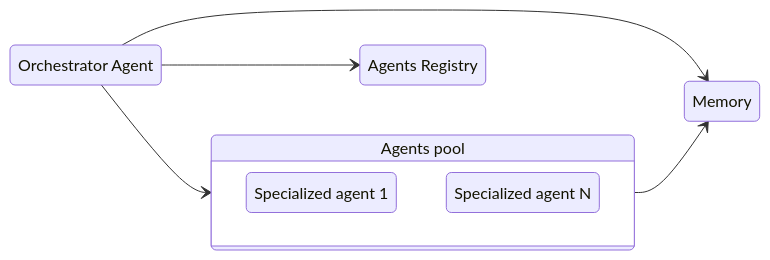
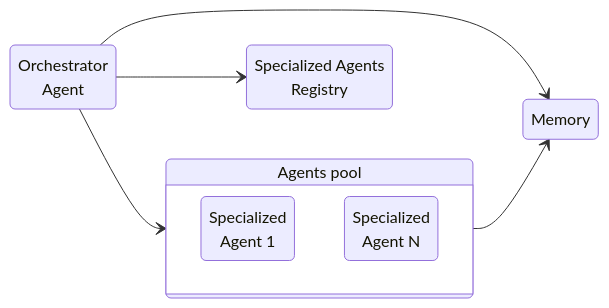
The diagram in docs/building-blocks/Building-Blocks.md (microsoft/multi-agent-reference-architecture), drawn with Mermaid before and after one commit.

Commit message:
fix: building blocks diagram

````diff
--- a/docs/building-blocks/Building-Blocks.md
+++ b/docs/building-blocks/Building-Blocks.md
@@ -5,19 +5,19 @@
 ```mermaid
 
 stateDiagram
     Agents: Agents pool
-    Orchestrator: Orchestrator Agent
-    Registry: Agents Registry
-    Agent1: Specialized agent 1
-    AgentN: Specialized agent N
+    Orchestrator: Orchestrator <br/>Agent
+    Registry: Specialized Agents<br> Registry
+    Agent1: Specialized <br/>Agent 1
+    AgentN: Specialized <br/>Agent N
 
     direction LR
     Orchestrator --> Agents
     Orchestrator --> Registry
     Orchestrator --> Memory
     state Agents {
       Agent1
       AgentN
     }
     Agents --> Memory
 ```
````
